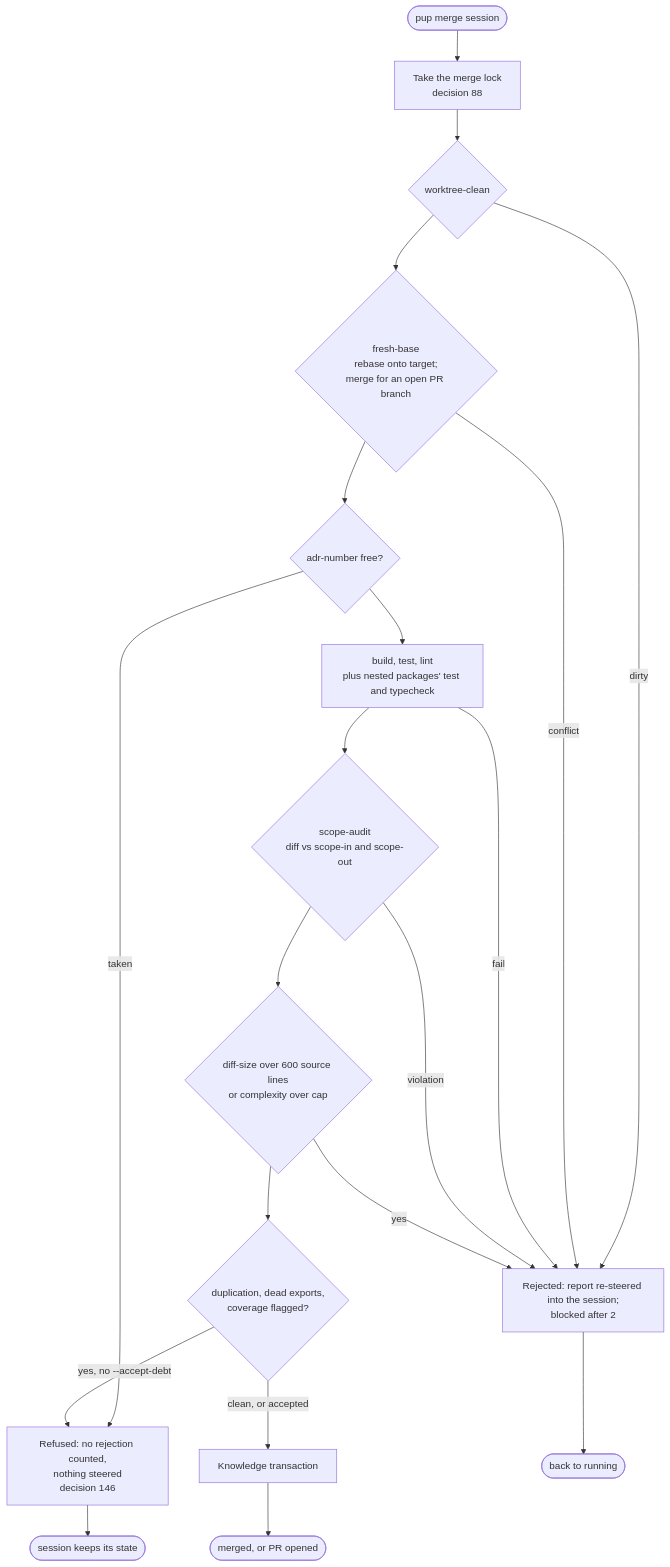
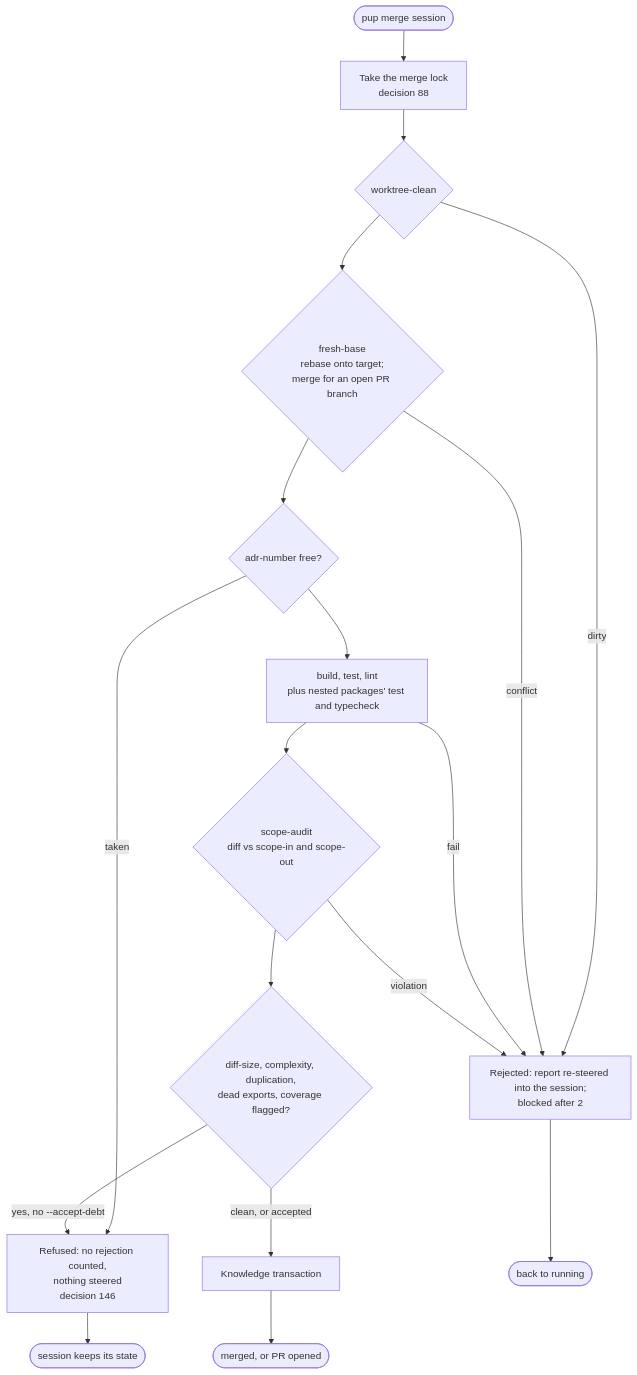
One commit to AlexisBalayre/pupitre changed the first of 2 diagrams in docs/guide/gate-and-debt.md. Above: the diagram before and after it, drawn with Mermaid. The commit also changed other lines of this file and 5 other files, not shown here.

````diff
--- a/docs/guide/gate-and-debt.md
+++ b/docs/guide/gate-and-debt.md
@@ -9,22 +9,20 @@
 ```mermaid
 flowchart TD
   start([pup merge session]) --> lock[Take the merge lock<br/>decision 88]
   lock --> clean{worktree-clean}
   clean -->|dirty| rej
   clean --> base{fresh-base<br/>rebase onto target;<br/>merge for an open PR branch}
   base -->|conflict| rej
   base --> adr{adr-number free?}
   adr -->|taken| refuse[Refused: no rejection counted,<br/>nothing steered<br/>decision 146]
   adr --> hard[build, test, lint<br/>plus nested packages' test and typecheck]
   hard -->|fail| rej
   hard --> scope{scope-audit<br/>diff vs scope-in and scope-out}
   scope -->|violation| rej
-  scope --> caps{diff-size over 600 source lines<br/>or complexity over cap}
-  caps -->|yes| rej
-  caps --> soft{duplication, dead exports,<br/>coverage flagged?}
+  scope --> soft{diff-size, complexity, duplication,<br/>dead exports, coverage flagged?}
   soft -->|yes, no --accept-debt| refuse
   soft -->|clean, or accepted| kt[Knowledge transaction]
   kt --> out([merged, or PR opened])
   refuse --> kept([session keeps its state])
   rej[Rejected: report re-steered into the session;<br/>blocked after 2] --> endr([back to running])
 ```
````
